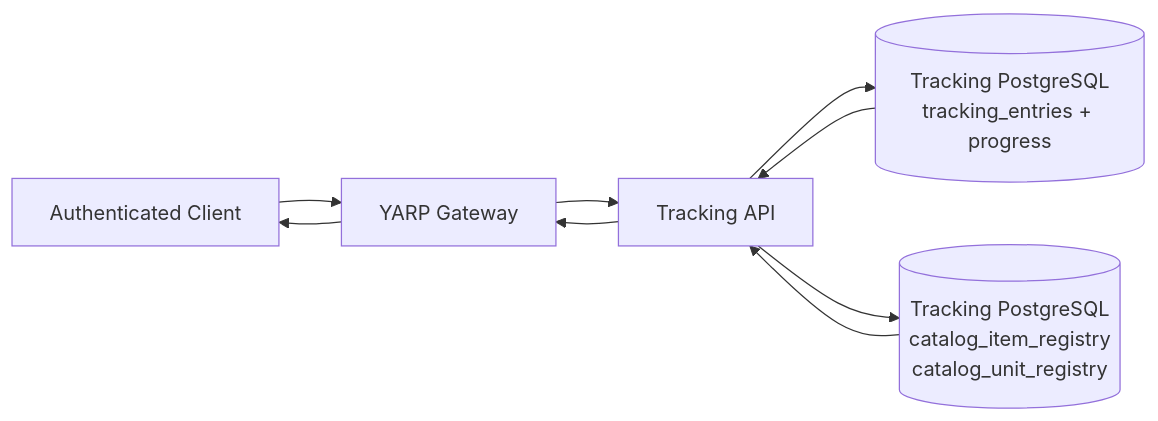
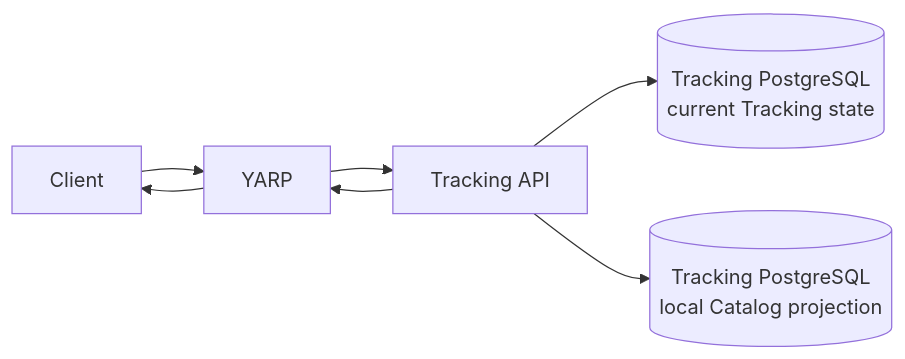
Before and after one commit to Juliomm8/Shiori: the diagram in docs/WEB_UX.md, drawn with Mermaid. The commit also changed other lines of this file and 10 other files, not shown here.

First line of the commit message:
docs(architecture): finalize STEP 10 and polish documentation (#12)

````diff
--- a/docs/WEB_UX.md
+++ b/docs/WEB_UX.md
@@ -201,24 +168,15 @@
 ```mermaid
 flowchart LR
-    Client["Authenticated Client"]
-
-    Gateway["YARP Gateway"]
-
+    Client["Client"]
+    Gateway["YARP"]
     Tracking["Tracking API"]
-
-    TrackingState[("Tracking PostgreSQL<br/>tracking_entries + progress")]
-
-    CatalogProjection[("Tracking PostgreSQL<br/>catalog_item_registry<br/>catalog_unit_registry")]
+    State[("Tracking PostgreSQL<br/>current Tracking state")]
+    Projection[("Tracking PostgreSQL<br/>local Catalog projection")]
 
     Client --> Gateway
     Gateway --> Tracking
-
-    Tracking --> TrackingState
-    Tracking --> CatalogProjection
-
-    TrackingState --> Tracking
-    CatalogProjection --> Tracking
-
+    Tracking --> State
+    Tracking --> Projection
     Tracking --> Gateway
     Gateway --> Client
 ```
````
